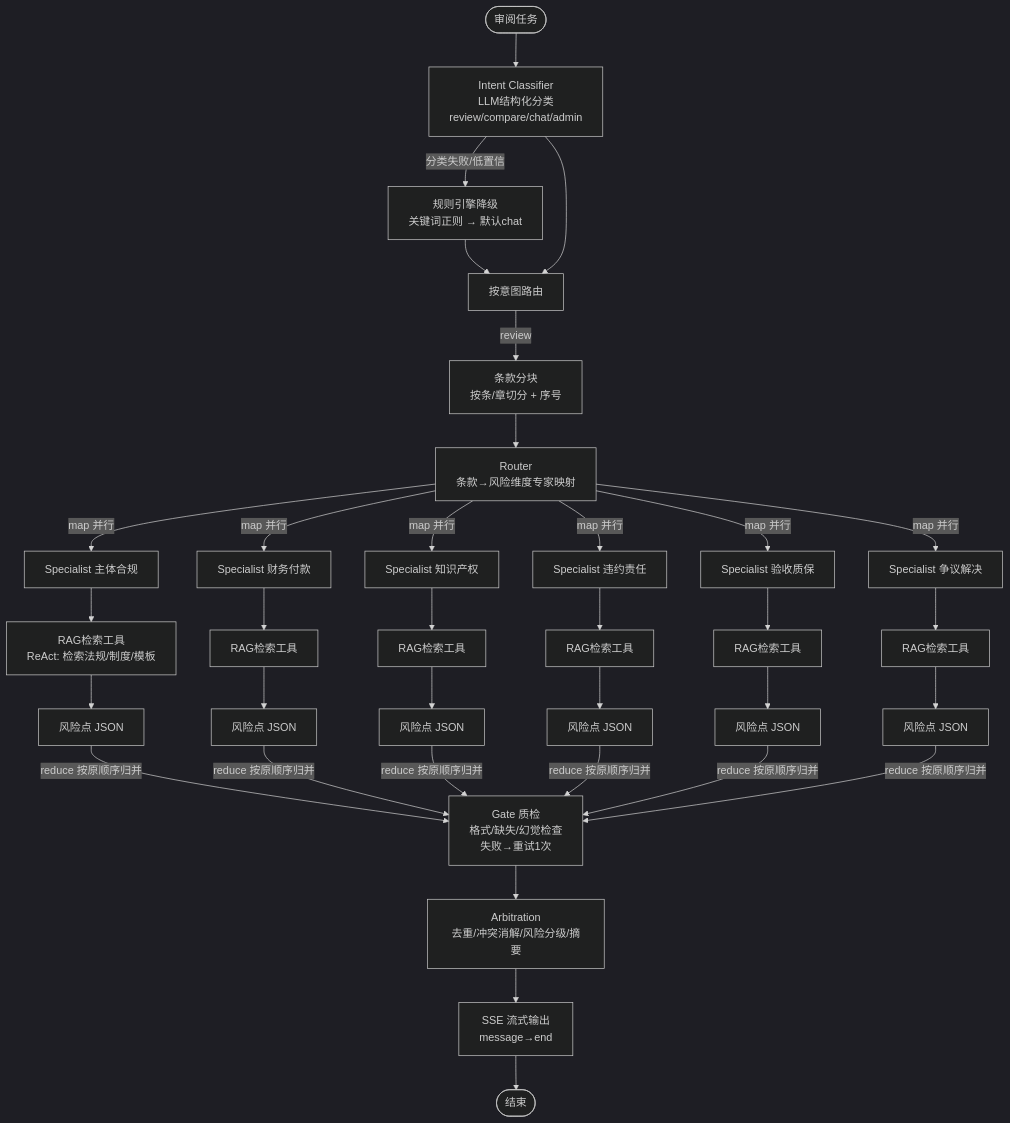
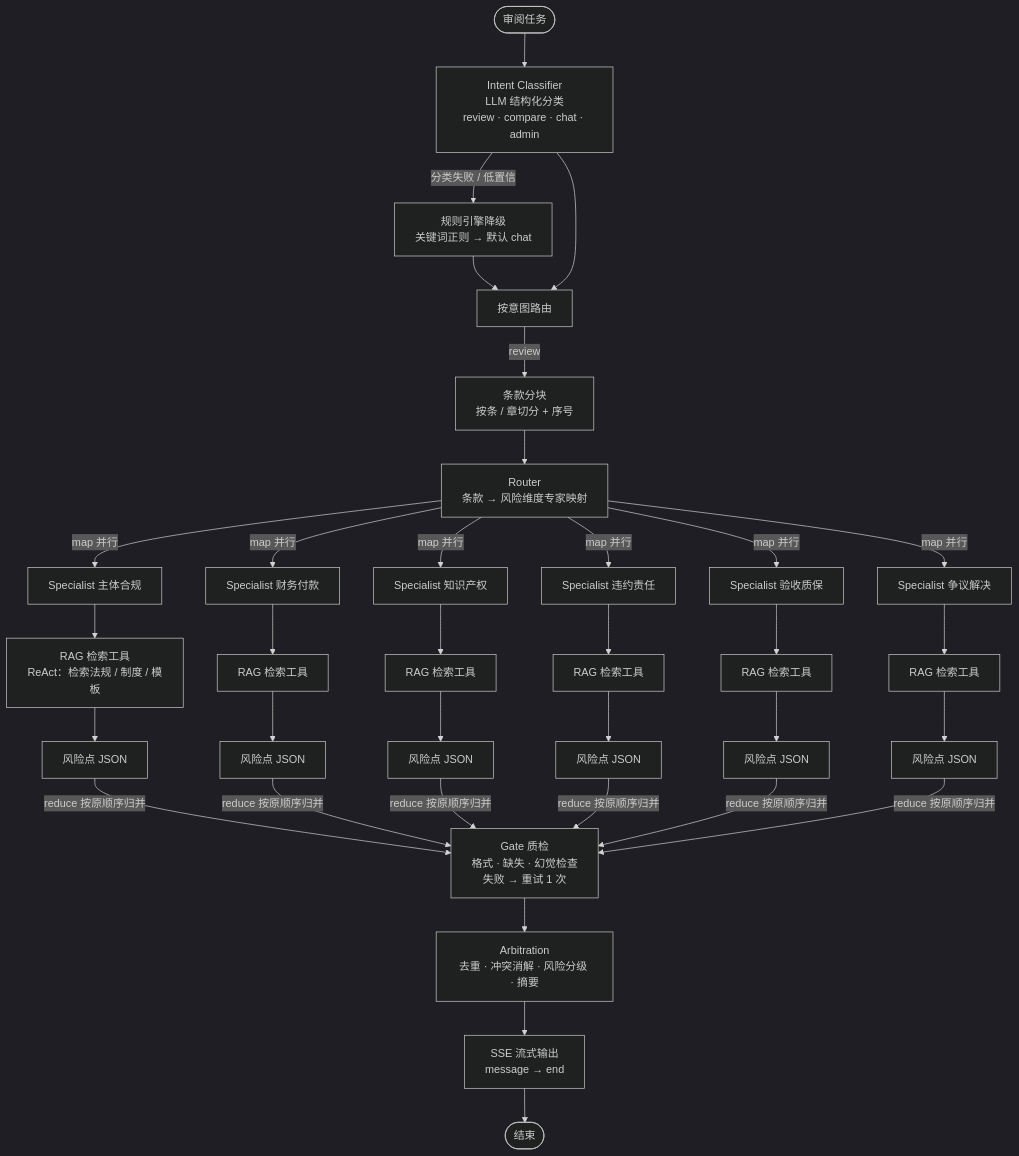
One commit to wangn-tech/contract-review changed the second of 6 diagrams in docs/DESIGN.md. Above: the diagram before and after it, drawn with Mermaid (dark theme). The commit also changed other lines of this file and 3 other files, not shown here.

Commit message:
docs: fix mermaid rendering (quoted labels), add DB schema design with E-R diagram, normalize architecture diagrams, extend golden set to 58 cases, add quickstart guide

````diff
--- a/docs/DESIGN.md
+++ b/docs/DESIGN.md
@@ -152,31 +152,31 @@
 ```mermaid
 flowchart TD
-    START([审阅任务]) --> INTENT[Intent Classifier<br/>LLM结构化分类<br/>review/compare/chat/admin]
-    INTENT -- "分类失败/低置信" --> FALLBACK[规则引擎降级<br/>关键词正则 → 默认chat]
-    FALLBACK --> ROUTE2[按意图路由]
+    START(["审阅任务"]) --> INTENT["Intent Classifier<br/>LLM 结构化分类<br/>review · compare · chat · admin"]
+    INTENT -- "分类失败 / 低置信" --> FALLBACK["规则引擎降级<br/>关键词正则 → 默认 chat"]
+    FALLBACK --> ROUTE2["按意图路由"]
     INTENT --> ROUTE2
-    ROUTE2 -->|review| SLICE[条款分块<br/>按条/章切分 + 序号]
-    SLICE --> ROUTER[Router<br/>条款→风险维度专家映射]
-    ROUTER -->|map 并行| SP1[Specialist 主体合规]
-    ROUTER -->|map 并行| SP2[Specialist 财务付款]
-    ROUTER -->|map 并行| SP3[Specialist 知识产权]
-    ROUTER -->|map 并行| SP4[Specialist 违约责任]
-    ROUTER -->|map 并行| SP5[Specialist 验收质保]
-    ROUTER -->|map 并行| SP6[Specialist 争议解决]
-    SP1 --> RAG1[RAG检索工具<br/>ReAct: 检索法规/制度/模板]
-    SP2 --> RAG2[RAG检索工具]
-    SP3 --> RAG3[RAG检索工具]
-    SP4 --> RAG4[RAG检索工具]
-    SP5 --> RAG5[RAG检索工具]
-    SP6 --> RAG6[RAG检索工具]
-    RAG1 --> OUT1[风险点 JSON]
-    RAG2 --> OUT2[风险点 JSON]
-    RAG3 --> OUT3[风险点 JSON]
-    RAG4 --> OUT4[风险点 JSON]
-    RAG5 --> OUT5[风险点 JSON]
-    RAG6 --> OUT6[风险点 JSON]
-    OUT1 & OUT2 & OUT3 & OUT4 & OUT5 & OUT6 -->|reduce 按原顺序归并| GATE[Gate 质检<br/>格式/缺失/幻觉检查<br/>失败→重试1次]
-    GATE --> ARB[Arbitration<br/>去重/冲突消解/风险分级/摘要]
-    ARB --> SSE[SSE 流式输出<br/>message→end]
-    SSE --> STOP([结束])
+    ROUTE2 -- "review" --> SLICE["条款分块<br/>按条 / 章切分 + 序号"]
+    SLICE --> ROUTER["Router<br/>条款 → 风险维度专家映射"]
+    ROUTER -- "map 并行" --> SP1["Specialist 主体合规"]
+    ROUTER -- "map 并行" --> SP2["Specialist 财务付款"]
+    ROUTER -- "map 并行" --> SP3["Specialist 知识产权"]
+    ROUTER -- "map 并行" --> SP4["Specialist 违约责任"]
+    ROUTER -- "map 并行" --> SP5["Specialist 验收质保"]
+    ROUTER -- "map 并行" --> SP6["Specialist 争议解决"]
+    SP1 --> RAG1["RAG 检索工具<br/>ReAct：检索法规 / 制度 / 模板"]
+    SP2 --> RAG2["RAG 检索工具"]
+    SP3 --> RAG3["RAG 检索工具"]
+    SP4 --> RAG4["RAG 检索工具"]
+    SP5 --> RAG5["RAG 检索工具"]
+    SP6 --> RAG6["RAG 检索工具"]
+    RAG1 --> OUT1["风险点 JSON"]
+    RAG2 --> OUT2["风险点 JSON"]
+    RAG3 --> OUT3["风险点 JSON"]
+    RAG4 --> OUT4["风险点 JSON"]
+    RAG5 --> OUT5["风险点 JSON"]
+    RAG6 --> OUT6["风险点 JSON"]
+    OUT1 & OUT2 & OUT3 & OUT4 & OUT5 & OUT6 -- "reduce 按原顺序归并" --> GATE["Gate 质检<br/>格式 · 缺失 · 幻觉检查<br/>失败 → 重试 1 次"]
+    GATE --> ARB["Arbitration<br/>去重 · 冲突消解 · 风险分级 · 摘要"]
+    ARB --> SSE["SSE 流式输出<br/>message → end"]
+    SSE --> STOP(["结束"])
 ```
````
